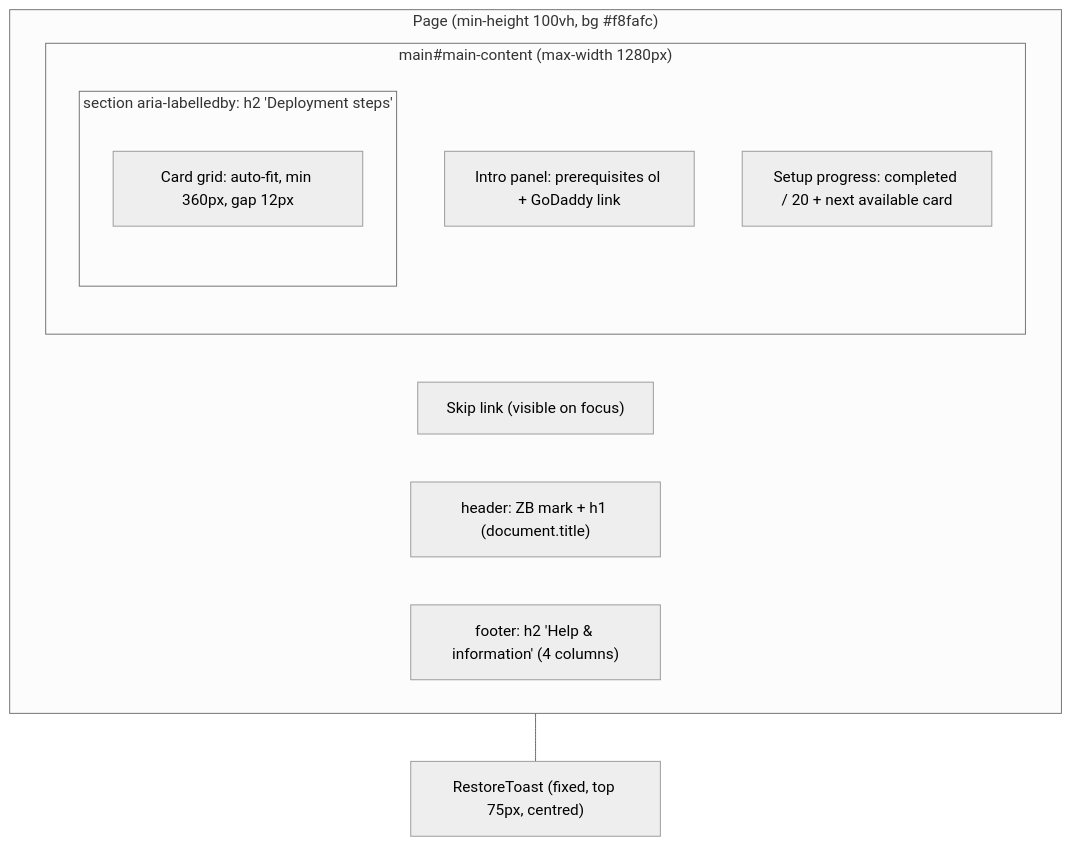
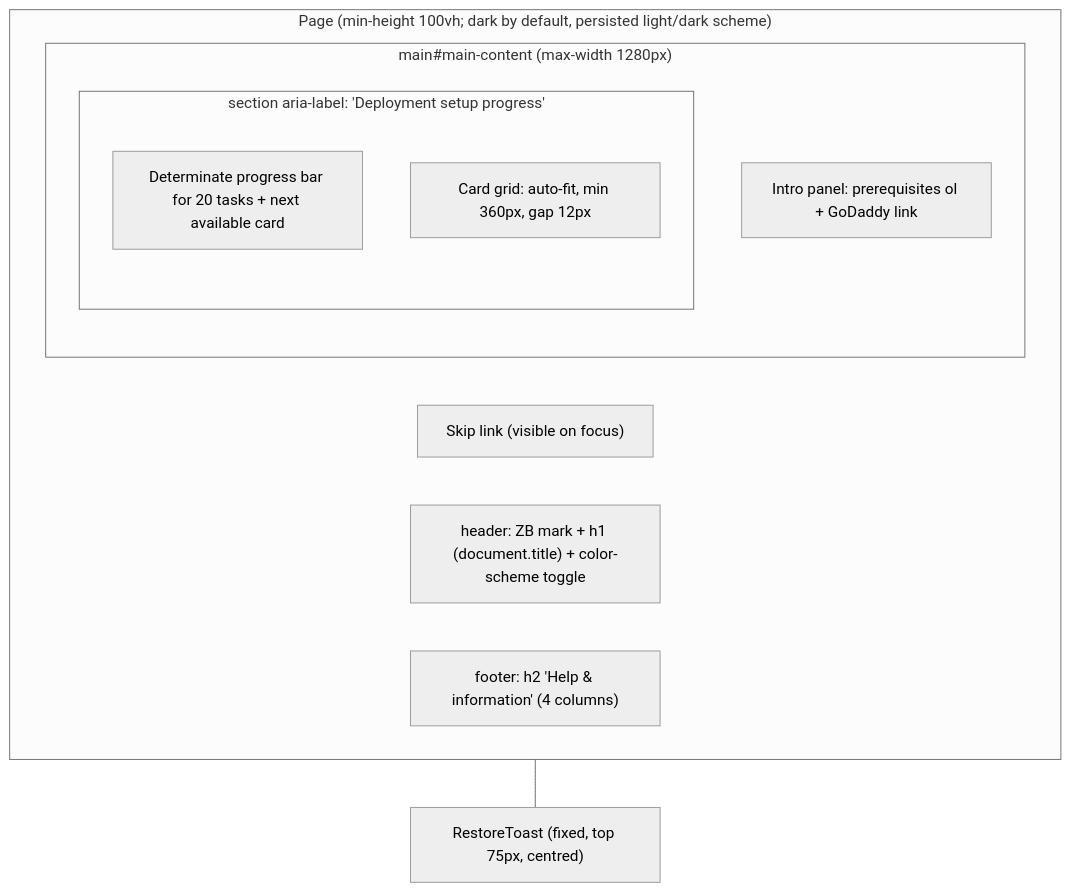
One commit to ZenMe-AU/ZenbloxCore changed the first of 9 diagrams in zeninstallerPvt/ui/UI_UX.md. Above: the diagram before and after it, drawn with Mermaid (neutral theme). The commit also changed other lines of this file and 3 other files, not shown here.

````diff
--- a/zeninstallerPvt/ui/UI_UX.md
+++ b/zeninstallerPvt/ui/UI_UX.md
@@ -23,17 +23,17 @@
 ```mermaid
 flowchart TB
-  subgraph Page["Page (min-height 100vh, bg #f8fafc)"]
+  subgraph Page["Page (min-height 100vh; dark by default, persisted light/dark scheme)"]
     Skip["Skip link (visible on focus)"]
-    Header["header: ZB mark + h1 (document.title)"]
+    Header["header: ZB mark + h1 (document.title) + color-scheme toggle"]
     subgraph Main["main#main-content (max-width 1280px)"]
       Intro["Intro panel: prerequisites ol + GoDaddy link"]
-      Progress["Setup progress: completed / 20 + next available card"]
-      subgraph Section["section aria-labelledby: h2 'Deployment steps'"]
+      subgraph Section["section aria-label: 'Deployment setup progress'"]
+        Progress["Determinate progress bar for 20 tasks + next available card"]
         Grid["Card grid: auto-fit, min 360px, gap 12px"]
       end
     end
     Footer["footer: h2 'Help & information' (4 columns)"]
   end
   Toast["RestoreToast (fixed, top 75px, centred)"]
   Page --- Toast
 ```
````
